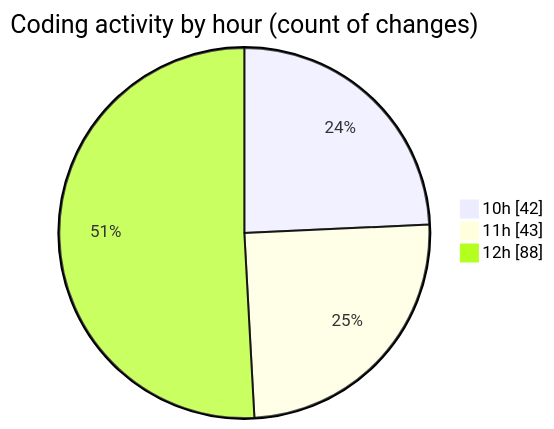
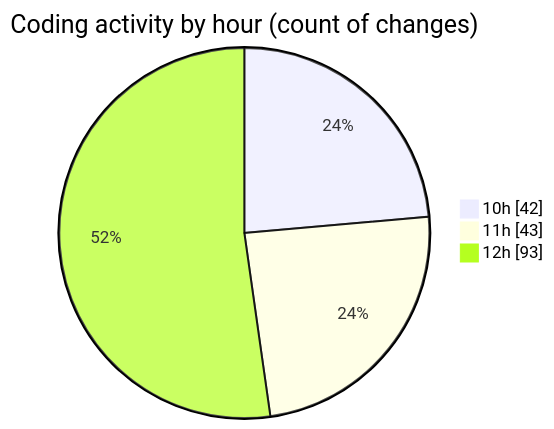
The second of 2 diagrams in 2025-05-15/ecodeli-1/README.md (CELIANVF/code-tracking), drawn with Mermaid before and after one commit. The commit also changed other lines of this file and 1 other file, not shown here.

````diff
--- a/2025-05-15/ecodeli-1/README.md
+++ b/2025-05-15/ecodeli-1/README.md
@@ -69,7 +69,7 @@
 ```mermaid
 pie showData
 title Coding activity by hour (count of changes)
 "10h" : 42
 "11h" : 43
-"12h" : 88
+"12h" : 93
 ```
````
